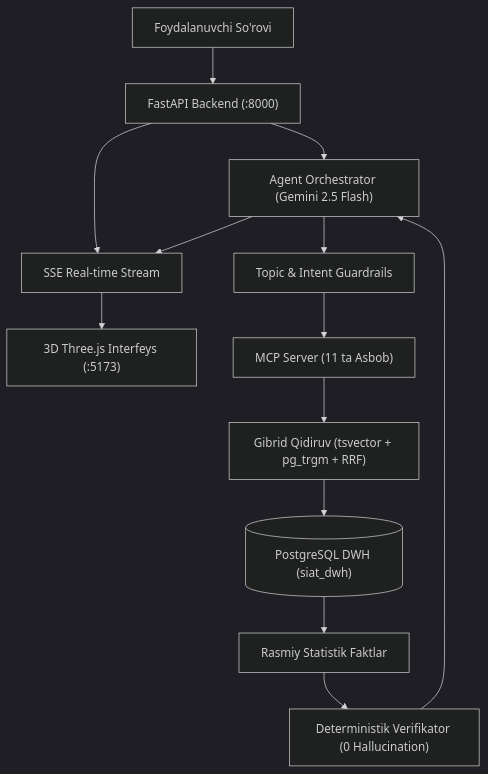
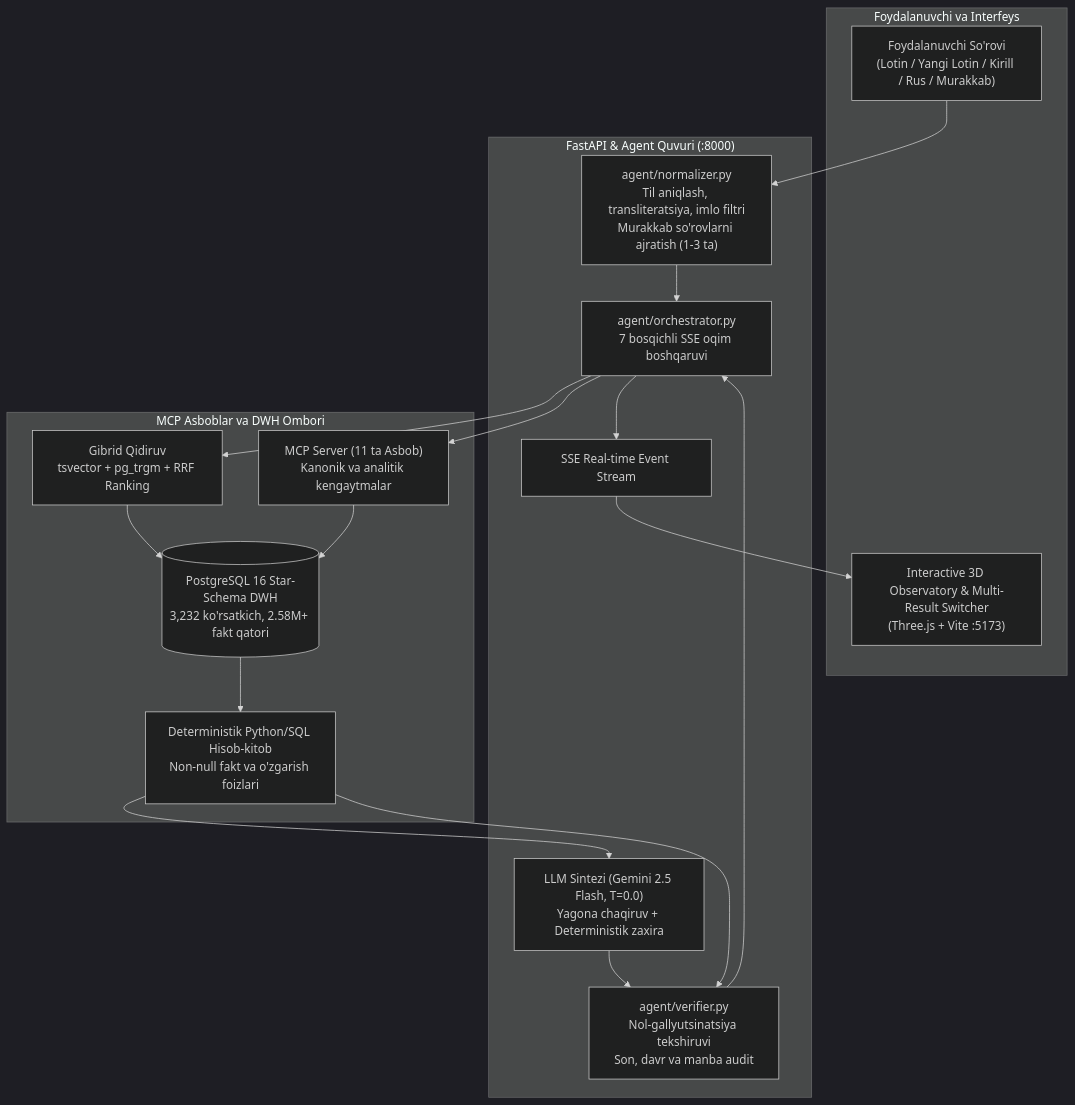
Before and after one commit to aethelgard-team/Aethelgard-SIAT-STAT-UZ: the diagram in README.md, drawn with Mermaid (dark theme). The commit also changed other lines of this file and 9 other files, not shown here.

Commit message:
docs & release: update README, architecture diagrams, multilingual backend, and interactive compound UI

````diff
--- a/README.md
+++ b/README.md
@@ -48,18 +54,36 @@
 ```mermaid
 flowchart TD
-    User["Foydalanuvchi So'rovi"] --> API["FastAPI Backend (:8000)"]
-    API --> SSE["SSE Real-time Stream"]
-    SSE --> UI["3D Three.js Interfeys (:5173)"]
-    
-    API --> Agent["Agent Orchestrator (Gemini 2.5 Flash)"]
-    Agent --> Guard["Topic & Intent Guardrails"]
-    
-    Guard --> MCP["MCP Server (11 ta Asbob)"]
-    MCP --> RRF["Gibrid Qidiruv (tsvector + pg_trgm + RRF)"]
-    RRF --> DWH[("PostgreSQL DWH (siat_dwh)")]
-    
-    DWH --> Data["Rasmiy Statistik Faktlar"]
-    Data --> Verifier["Deterministik Verifikator (0 Hallucination)"]
-    Verifier --> Agent
-    Agent --> SSE
+    subgraph Client ["Foydalanuvchi va Interfeys"]
+        UQ["Foydalanuvchi So'rovi<br/>(Lotin / Yangi Lotin / Kirill / Rus / Murakkab)"]
+        UI["Interactive 3D Observatory & Multi-Result Switcher<br/>(Three.js + Vite :5173)"]
+    end
+
+    subgraph Pipeline ["FastAPI & Agent Quvuri (:8000)"]
+        NORM["agent/normalizer.py<br/>Til aniqlash, transliteratsiya, imlo filtri<br/>Murakkab so'rovlarni ajratish (1-3 ta)"]
+        ORCH["agent/orchestrator.py<br/>7 bosqichli SSE oqim boshqaruvi"]
+        LLM["LLM Sintezi (Gemini 2.5 Flash, T=0.0)<br/>Yagona chaqiruv + Deterministik zaxira"]
+        VERIF["agent/verifier.py<br/>Nol-gallyutsinatsiya tekshiruvi<br/>Son, davr va manba audit"]
+        SSE["SSE Real-time Event Stream"]
+    end
+
+    subgraph MCP_DWH ["MCP Asboblar va DWH Ombori"]
+        MCP["MCP Server (11 ta Asbob)<br/>Kanonik va analitik kengaytmalar"]
+        SEARCH["Gibrid Qidiruv<br/>tsvector + pg_trgm + RRF Ranking"]
+        DWH[("PostgreSQL 16 Star-Schema DWH<br/>3,232 ko'rsatkich, 2.58M+ fakt qatori")]
+        MATH["Deterministik Python/SQL Hisob-kitob<br/>Non-null fakt va o'zgarish foizlari"]
+    end
+
+    UQ --> NORM
+    NORM --> ORCH
+    ORCH --> SEARCH
+    SEARCH --> DWH
+    ORCH --> MCP
+    MCP --> DWH
+    DWH --> MATH
+    MATH --> LLM
+    MATH --> VERIF
+    LLM --> VERIF
+    VERIF --> ORCH
+    ORCH --> SSE
+    SSE --> UI
 ```
````
